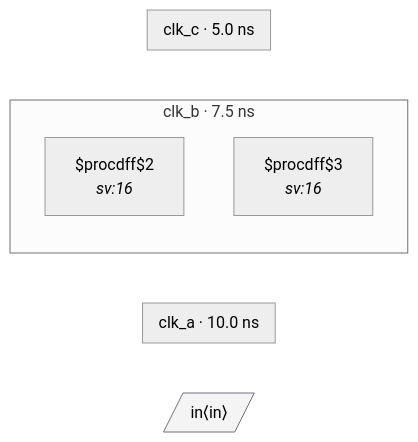
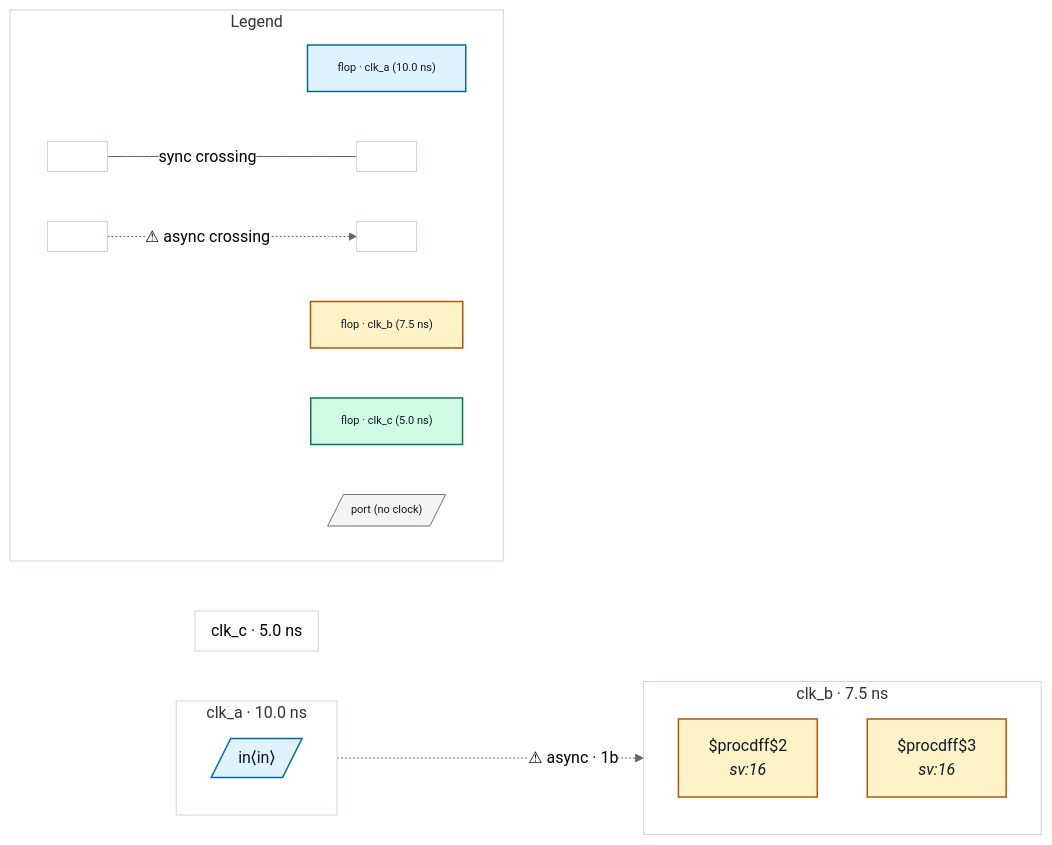
One commit to rtl-buddy/rtl-buddy-cdc changed the diagram in tests/fixtures/good_unconstrained_input_derived_clock_typed/README.md. Above: the diagram before and after it, drawn with Mermaid (neutral theme). The commit also changed 71 other files, not shown here.

First line of the commit message:
Refresh fixture READMEs + render iterations (colors, legend, nested ports, clock-net edges)

````diff
--- a/tests/fixtures/good_unconstrained_input_derived_clock_typed/README.md
+++ b/tests/fixtures/good_unconstrained_input_derived_clock_typed/README.md
@@ -16,17 +16,47 @@
 ```mermaid
 %% good_unconstrained_input_derived_clock_typed — generated by rtl-buddy-cdc render
 flowchart LR
   subgraph clk_clk_a["clk_a · 10.0 ns"]
     direction TB
+    p_in_in[/"in⟨in⟩"/]:::ckcls_clk_a
   end
   subgraph clk_clk_b["clk_b · 7.5 ns"]
     direction TB
-    f_6b6ccb0c["$procdff$2<br/><i>sv:16</i>"]
-    f_e87da20b["$procdff$3<br/><i>sv:16</i>"]
+    f_6b6ccb0c["$procdff$2<br/><i>sv:16</i>"]:::ckcls_clk_b
+    f_e87da20b["$procdff$3<br/><i>sv:16</i>"]:::ckcls_clk_b
   end
   subgraph clk_clk_c["clk_c · 5.0 ns"]
     direction TB
   end
-  p_in_in[/"in⟨in⟩"/]:::port
-  classDef port fill:#f4f4f5,stroke:#71717a
+  p_in_in -. "⚠ async · 1b" .-> f_e87da20b
+  subgraph rb_legend["Legend"]
+    direction LR
+    lg_clk_clk_a["flop · clk_a (10.0 ns)"]:::ckcls_clk_a
+    lg_clk_clk_b["flop · clk_b (7.5 ns)"]:::ckcls_clk_b
+    lg_clk_clk_c["flop · clk_c (5.0 ns)"]:::ckcls_clk_c
+    lg_port[/"port (no clock)"/]:::port_unassigned
+    lg_sync_a[" "]:::ckcls_legend_neutral
+    lg_sync_b[" "]:::ckcls_legend_neutral
+    lg_async_a[" "]:::ckcls_legend_neutral
+    lg_async_b[" "]:::ckcls_legend_neutral
+    lg_sync_a --- |"sync crossing"| lg_sync_b
+    lg_async_a -. "⚠ async crossing" .-> lg_async_b
+  end
+  style clk_clk_a fill:none,stroke:#cbd5e1
+  style clk_clk_b fill:none,stroke:#cbd5e1
+  style clk_clk_c fill:none,stroke:#cbd5e1
+  style rb_legend fill:none,stroke:#cbd5e1
+  style lg_clk_clk_a font-size:11px
+  style lg_clk_clk_b font-size:11px
+  style lg_clk_clk_c font-size:11px
+  style lg_port font-size:11px
+  style lg_sync_a font-size:11px
+  style lg_sync_b font-size:11px
+  style lg_async_a font-size:11px
+  style lg_async_b font-size:11px
+  classDef ckcls_clk_a fill:#e0f2fe,stroke:#0369a1,stroke-width:1.5px,color:#0f172a
+  classDef ckcls_clk_b fill:#fef3c7,stroke:#b45309,stroke-width:1.5px,color:#0f172a
+  classDef ckcls_clk_c fill:#d1fae5,stroke:#047857,stroke-width:1.5px,color:#0f172a
+  classDef port_unassigned fill:#f4f4f5,stroke:#71717a,color:#0f172a
+  classDef ckcls_legend_neutral fill:#ffffff,stroke:#cbd5e1,stroke-width:1px,color:#0f172a
 ```
````
